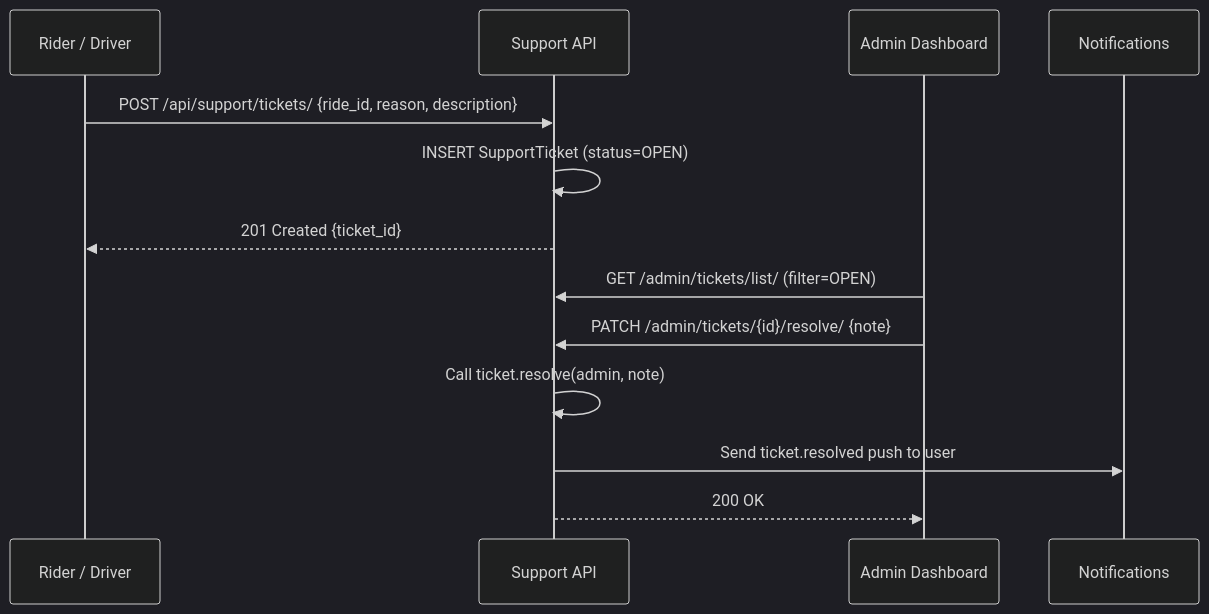
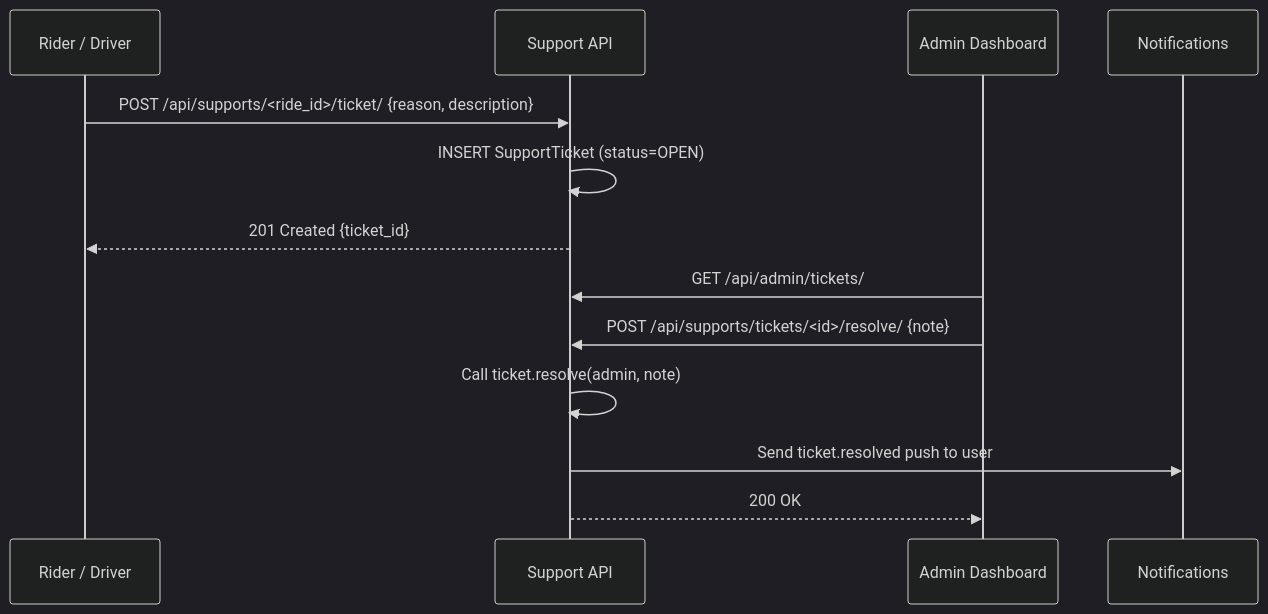
Before and after one commit to sanjaikumarask/uber--clone: the diagram in docs/9.Support/5.Workflows/Support_Flow.md, drawn with Mermaid (dark theme). The commit also changed other lines of this file and 116 other files, not shown here.

Commit message:
Admin Dashboard Stabilization: Fixed WebSocket auth flood, resolved Fare Config Crashes, and enhanced Ride Resolution workflow with detailed documentation.

````diff
--- a/docs/9.Support/5.Workflows/Support_Flow.md
+++ b/docs/9.Support/5.Workflows/Support_Flow.md
@@ -45,16 +45,16 @@
 ```mermaid
 sequenceDiagram
 participant User as Rider / Driver
 participant API as Support API
 participant Admin as Admin Dashboard
 participant Notify as Notifications
 
-User->>API: POST /api/support/tickets/ {ride_id, reason, description}
+User->>API: POST /api/supports/<ride_id>/ticket/ {reason, description}
 API->>API: INSERT SupportTicket (status=OPEN)
 API-->>User: 201 Created {ticket_id}
-Admin->>API: GET /admin/tickets/list/ (filter=OPEN)
-Admin->>API: PATCH /admin/tickets/{id}/resolve/ {note}
+Admin->>API: GET /api/admin/tickets/
+Admin->>API: POST /api/supports/tickets/<id>/resolve/ {note}
 API->>API: Call ticket.resolve(admin, note)
 API->>Notify: Send ticket.resolved push to user
 API-->>Admin: 200 OK
 ```
````
